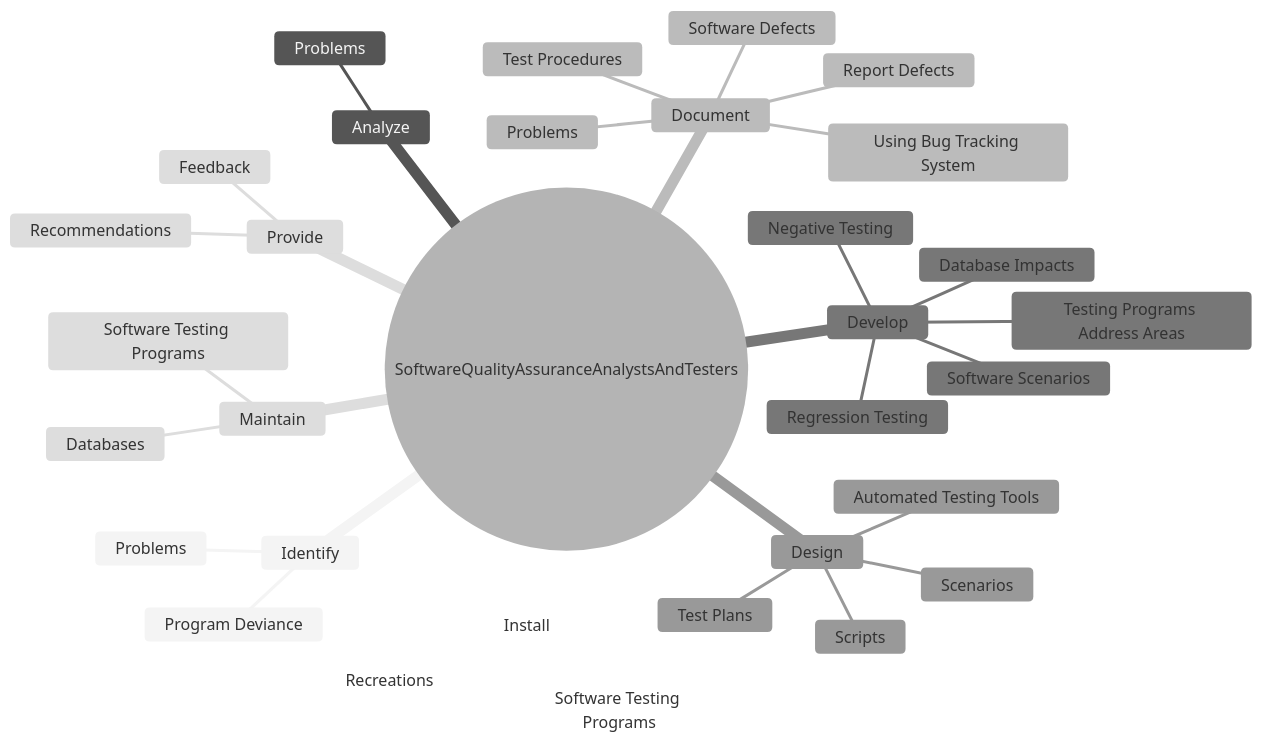
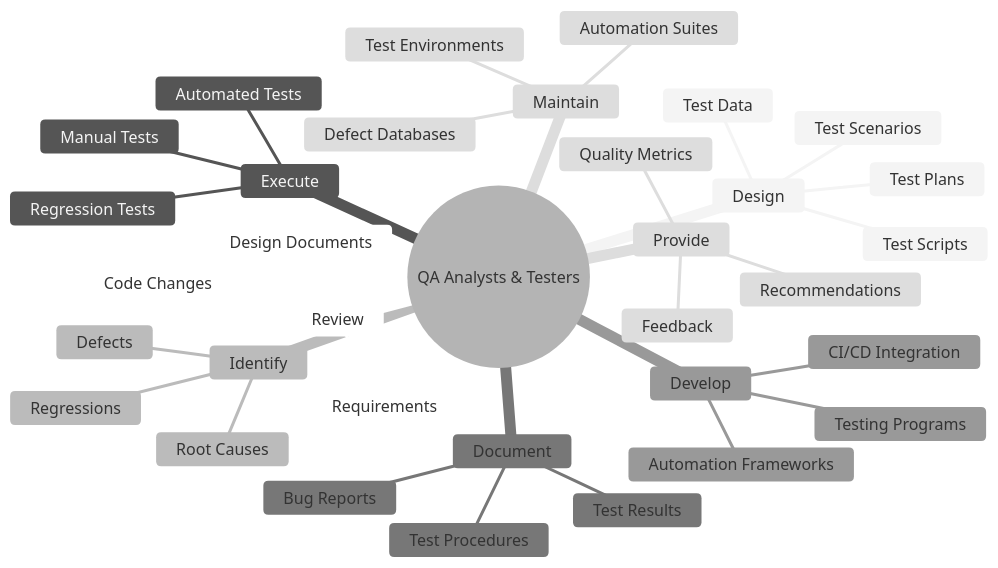
One commit to kziemski/business.org.ai changed the second of 4 diagrams in occupations/Technology/SoftwareQualityAssuranceAnalystsAndTesters.mdx. Above: the diagram before and after it, drawn with Mermaid (neutral theme). The commit also changed other lines of this file and 938 other files, not shown here.

````diff
--- a/occupations/Technology/SoftwareQualityAssuranceAnalystsAndTesters.mdx
+++ b/occupations/Technology/SoftwareQualityAssuranceAnalystsAndTesters.mdx
@@ -37,35 +46,37 @@
 ```mermaid
 mindmap
-    root(("SoftwareQualityAssuranceAnalystsAndTesters"))
+    root(("QA Analysts & Testers"))
+        Design
+            Test Plans
+            Test Scenarios
+            Test Scripts
+            Test Data
+        Execute
+            Manual Tests
+            Automated Tests
+            Regression Tests
         Identify
-            Problems
-            Program Deviance
-        Analyze
-            Problems
+            Defects
+            Root Causes
+            Regressions
         Document
-            Problems
-            Software Defects
-            Using Bug Tracking System
-            Report Defects
+            Bug Reports
+            Test Results
             Test Procedures
         Develop
-            Testing Programs Address Areas
-            Database Impacts
-            Software Scenarios
-            Regression Testing
-            Negative Testing
-        Design
-            Test Plans
-            Scenarios
-            Scripts
-            Automated Testing Tools
+            Automation Frameworks
+            Testing Programs
+            CI/CD Integration
         Provide
             Feedback
+            Quality Metrics
             Recommendations
-        Install
-            Software Testing Programs
-            Recreations
+        Review
+            Requirements
+            Design Documents
+            Code Changes
         Maintain
-            Software Testing Programs
-            Databases
+            Test Environments
+            Defect Databases
+            Automation Suites
 ```
````
